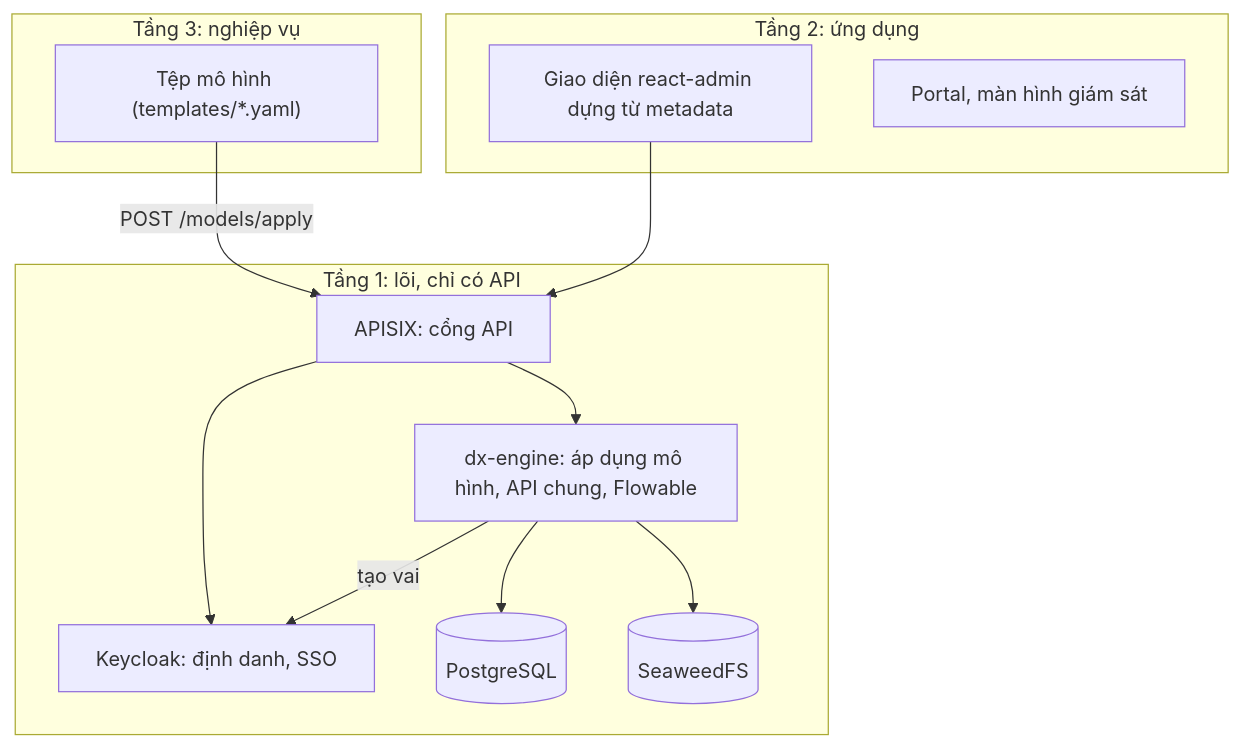
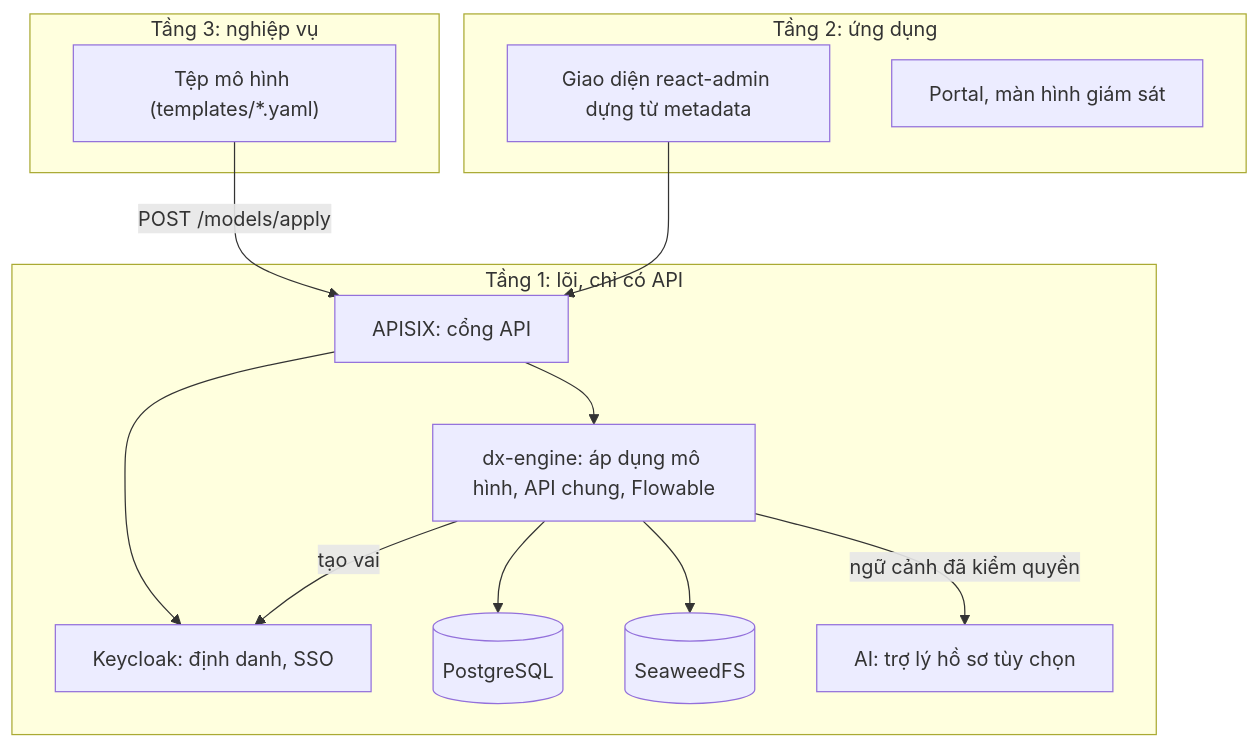
Before and after one commit to HaUI-ImplSolution/DX-OS: the first of 2 diagrams in ARCHITECTURE.md, drawn with Mermaid. The commit also changed other lines of this file and 56 other files, not shown here.

````diff
--- a/ARCHITECTURE.md
+++ b/ARCHITECTURE.md
@@ -8,24 +8,26 @@
 ```mermaid
 flowchart TB
   subgraph T3["Tầng 3: nghiệp vụ"]
     M["Tệp mô hình (templates/*.yaml)"]
   end
   subgraph T2["Tầng 2: ứng dụng"]
     UI["Giao diện react-admin dựng từ metadata"]
     P["Portal, màn hình giám sát"]
   end
   subgraph T1["Tầng 1: lõi, chỉ có API"]
     GW["APISIX: cổng API"]
     KC["Keycloak: định danh, SSO"]
     EN["dx-engine: áp dụng mô hình, API chung, Flowable"]
     PG[("PostgreSQL")]
     S3[("SeaweedFS")]
+    AI["AI: trợ lý hồ sơ tùy chọn"]
   end
   M -->|"POST /models/apply"| GW
   UI --> GW
   GW --> EN
   GW --> KC
   EN --> PG
   EN --> S3
   EN -->|"tạo vai"| KC
+  EN -->|"ngữ cảnh đã kiểm quyền"| AI
 ```
````
